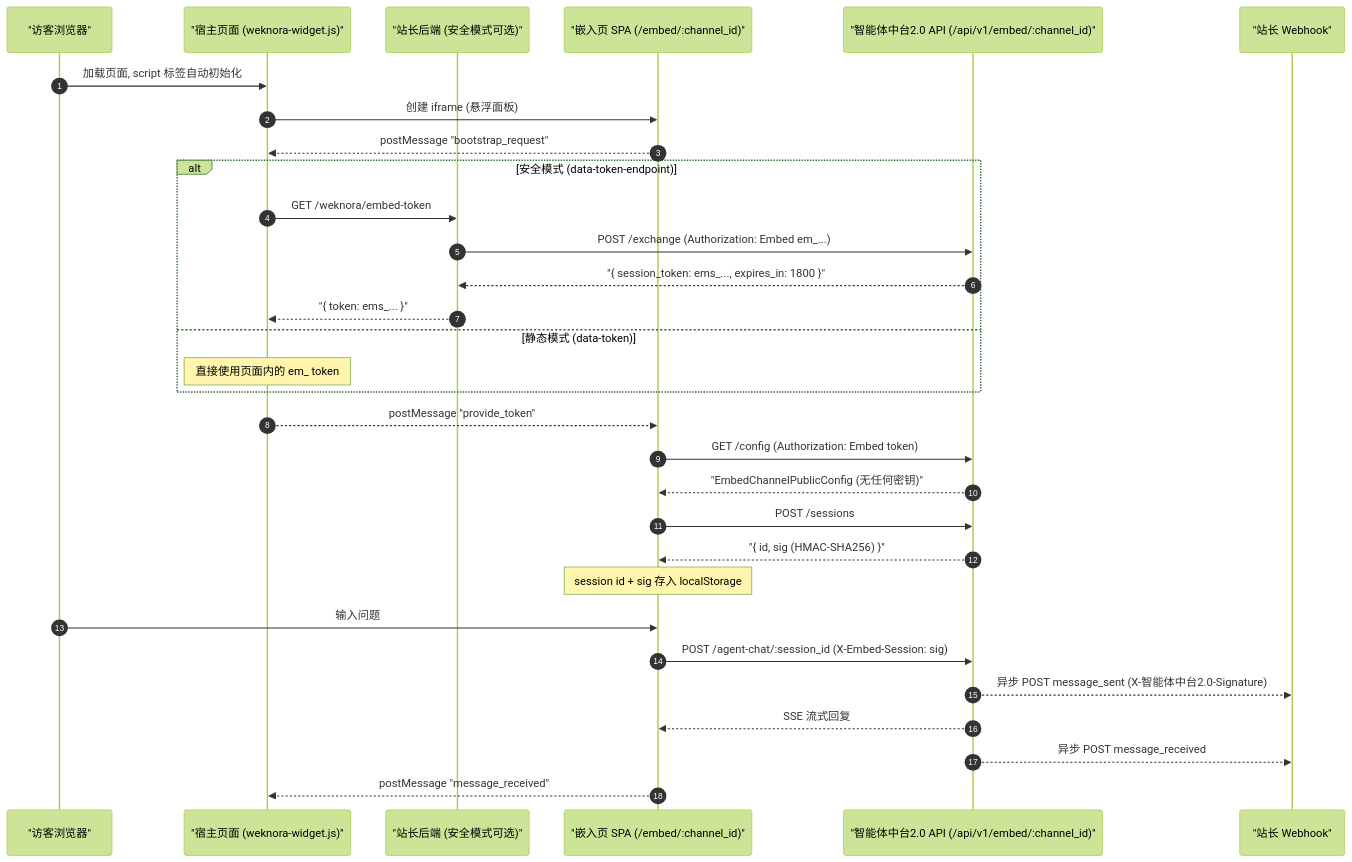
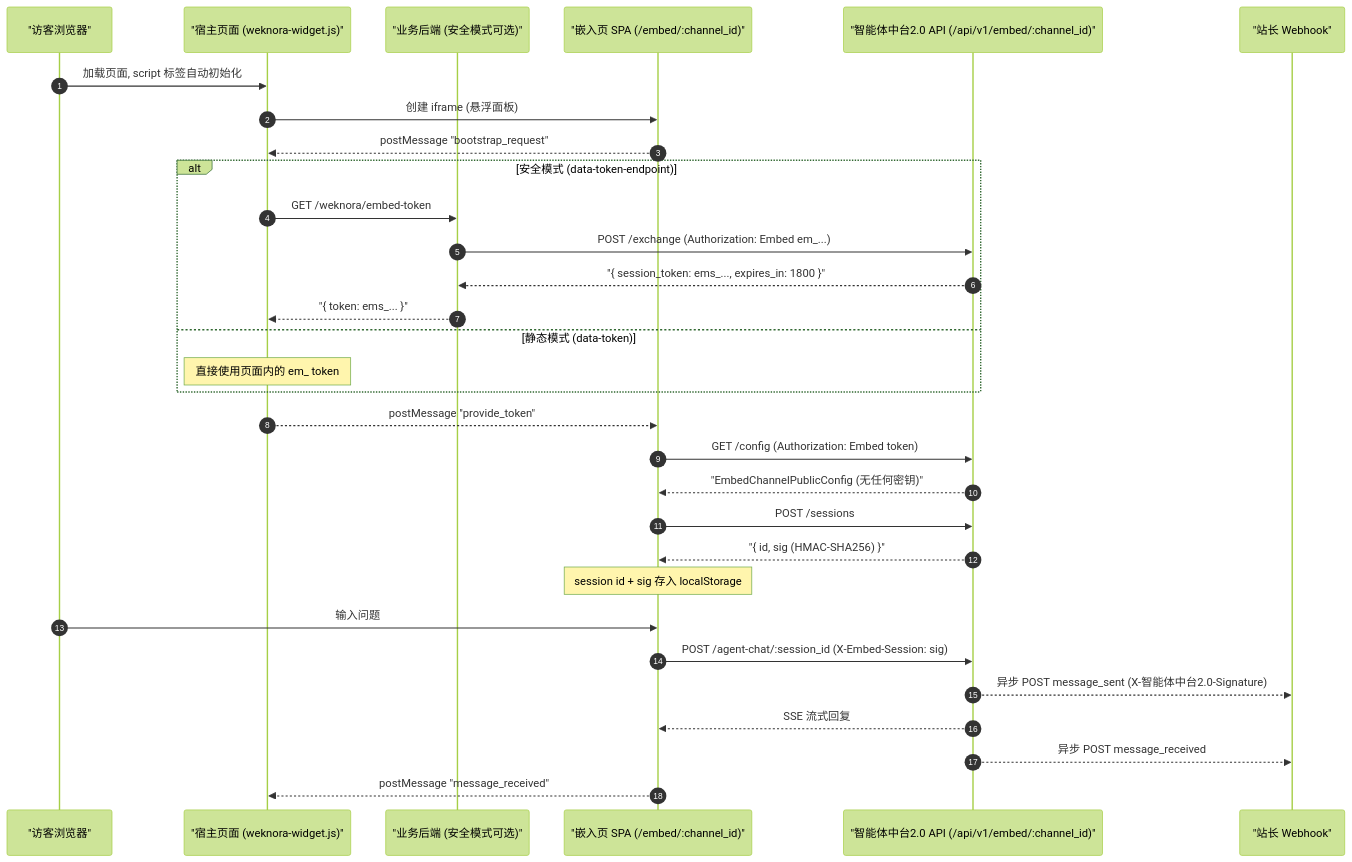
The diagram in apps/docs/03-features/13-embed-channel.md (qinlei131479/WeKnora), drawn with Mermaid (forest theme) before and after one commit. The commit also changed other lines of this file and 66 other files, not shown here.

````diff
--- a/apps/docs/03-features/13-embed-channel.md
+++ b/apps/docs/03-features/13-embed-channel.md
@@ -248,34 +250,34 @@
 ```mermaid
 sequenceDiagram
     autonumber
     participant Visitor as "访客浏览器"
     participant Host as "宿主页面 (weknora-widget.js)"
-    participant Backend as "站长后端 (安全模式可选)"
+    participant Backend as "业务后端 (安全模式可选)"
     participant Iframe as "嵌入页 SPA (/embed/:channel_id)"
     participant API as "智能体中台2.0 API (/api/v1/embed/:channel_id)"
     participant Webhook as "站长 Webhook"
 
     Visitor->>Host: 加载页面, script 标签自动初始化
     Host->>Iframe: 创建 iframe (悬浮面板)
     Iframe-->>Host: postMessage "bootstrap_request"
     alt 安全模式 (data-token-endpoint)
         Host->>Backend: GET /weknora/embed-token
         Backend->>API: POST /exchange (Authorization: Embed em_...)
         API-->>Backend: "{ session_token: ems_..., expires_in: 1800 }"
         Backend-->>Host: "{ token: ems_... }"
     else 静态模式 (data-token)
         Note over Host: 直接使用页面内的 em_ token
     end
     Host-->>Iframe: postMessage "provide_token"
     Iframe->>API: GET /config (Authorization: Embed token)
     API-->>Iframe: "EmbedChannelPublicConfig (无任何密钥)"
     Iframe->>API: POST /sessions
     API-->>Iframe: "{ id, sig (HMAC-SHA256) }"
     Note over Iframe: session id + sig 存入 localStorage
     Visitor->>Iframe: 输入问题
     Iframe->>API: POST /agent-chat/:session_id (X-Embed-Session: sig)
     API-->>Webhook: 异步 POST message_sent (X-智能体中台2.0-Signature)
     API-->>Iframe: SSE 流式回复
     API-->>Webhook: 异步 POST message_received
     Iframe-->>Host: postMessage "message_received"
 ```
````
